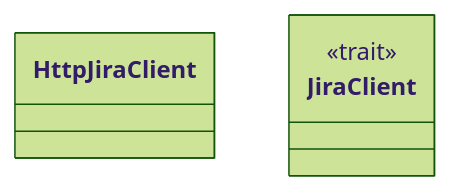
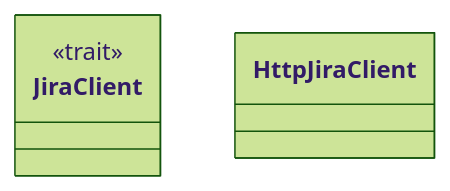
Before and after one commit to lgcorzo/rust_CACD_autonomous_factory: the first of 2 diagrams in wiki/crates_factory-infrastructure_src_jira.md, drawn with Mermaid (forest theme). The commit also changed other lines of this file and 58 other files, not shown here.

````diff
--- a/wiki/crates_factory-infrastructure_src_jira.md
+++ b/wiki/crates_factory-infrastructure_src_jira.md
@@ -16,7 +16,7 @@
 ```mermaid
 classDiagram
-    class HttpJiraClient
     class JiraClient {
         <<trait>>
     }
+    class HttpJiraClient
 ```
````
